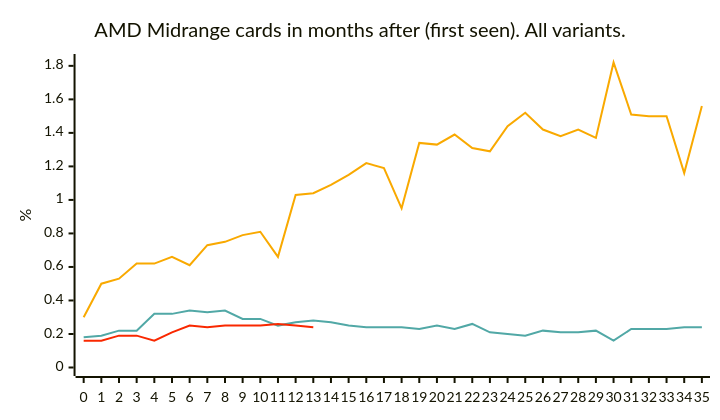
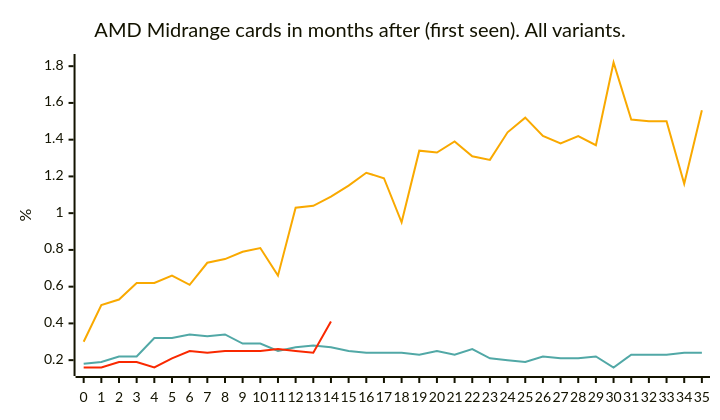
Before and after one commit to jdegene/steamHWsurvey: the eighth of 29 diagrams in README.md, drawn with Mermaid. The commit also changed other lines of this file and 3 other files, not shown here.

````diff
--- a/README.md
+++ b/README.md
@@ -268,23 +268,23 @@
 ```mermaid
 ---
 config:
     xyChart:
         width: 700
         height: 400
         
     themeVariables:
         xyChart:
             plotColorPalette: "#51a8a6,#f9a900,#f92800,#d92080,#8a52a6"
 
 --- 
 
 
 xychart-beta
     title "AMD Midrange cards in months after (first seen). All variants."
     x-axis[0, 1, 2, 3, 4, 5, 6, 7, 8, 9, 10, 11, 12, 13, 14, 15, 16, 17, 18, 19, 20, 21, 22, 23, 24, 25, 26, 27, 28, 29, 30, 31, 32, 33, 34, 35]
     y-axis "%" 
     line [0.18, 0.19, 0.22, 0.22, 0.32, 0.32, 0.33999999999999997, 0.33, 0.33999999999999997, 0.29, 0.29, 0.25, 0.27, 0.27999999999999997, 0.27, 0.25, 0.24, 0.24, 0.24, 0.22999999999999998, 0.25, 0.22999999999999998, 0.26, 0.21, 0.2, 0.19, 0.22, 0.21, 0.21, 0.22, 0.16, 0.22999999999999998, 0.22999999999999998, 0.22999999999999998, 0.24, 0.24]
-    line [0.3, 0.5, 0.53, 0.62, 0.62, 0.66, 0.61, 0.73, 0.75, 0.79, 0.8099999999999999, 0.66, 1.03, 1.04, 1.09, 1.15, 1.22, 1.1900000000000002, 0.95, 1.34, 1.3299999999999998, 1.39, 1.31, 1.29, 1.44, 1.52, 1.4200000000000002, 1.38, 1.4200000000000002, 1.37, 1.82, 1.51, 1.5, 1.5, 1.16, 1.5599999999999998]
-    line [0.16, 0.16, 0.19, 0.19, 0.16, 0.21, 0.25, 0.24, 0.25, 0.25, 0.25, 0.26, 0.25, 0.24]
-    line [0]
+    line [0.3, 0.5, 0.53, 0.62, 0.62, 0.66, 0.61, 0.73, 0.75, 0.79, 0.8099999999999999, 0.66, 1.03, 1.04, 1.09, 1.15, 1.22, 1.1900000000000002, 0.95, 1.34, 1.3299999999999998, 1.39, 1.31, 1.29, 1.44, 1.52, 1.4200000000000002, 1.38, 1.42, 1.37, 1.82, 1.51, 1.5, 1.5, 1.16, 1.5599999999999998]
+    line [0.16, 0.16, 0.19, 0.19, 0.16, 0.21, 0.25, 0.24, 0.25, 0.25, 0.25, 0.26, 0.25, 0.24, 0.41000000000000003]
+    line [0.21]
 ``` 
````
